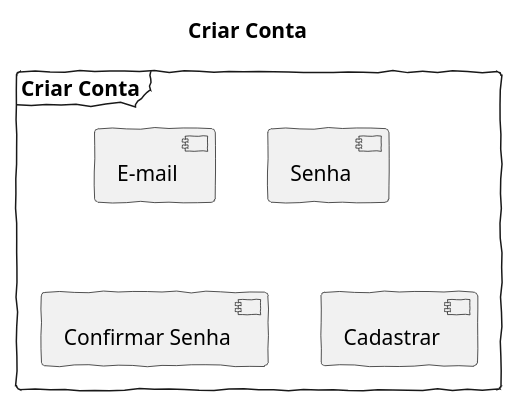
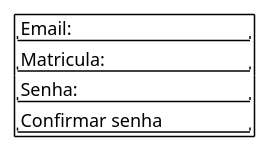
The diagram in docs/Elaboracao/prototipo/criar_conta.wsd (Projetos-de-Extensao/PBE_25.2_8004_Pioneiros), drawn with PlantUML before and after one commit.

```diff
--- a/docs/Elaboracao/prototipo/criar_conta.wsd
+++ b/docs/Elaboracao/prototipo/criar_conta.wsd
@@ -1,11 +1,8 @@
-@startuml
-skinparam handwritten true
-title Criar Conta
-
-frame "Criar Conta" {
-  component "E-mail"
-  component "Senha"
-  component "Confirmar Senha"
-  component "Cadastrar"
+@startsalt
+{+
+  "Email:             "
+  "Matricula:         "
+  "Senha:             "
+  "Confirmar senha    "
 }
-@enduml
+@endsalt
```
